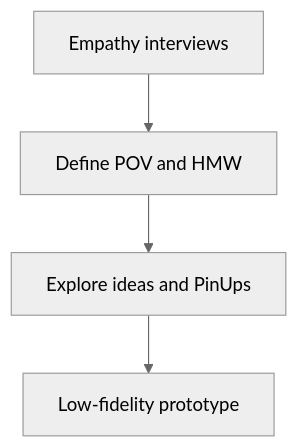
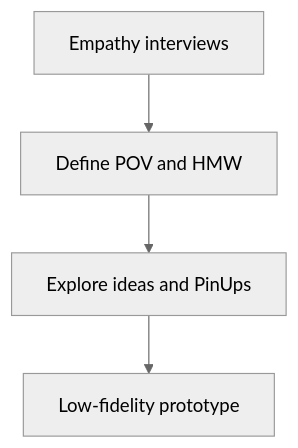
One commit to psai-github/pages changed the diagram in _posts/Foundation/G-sprints/2025-08-13-week_1.md. Above: the diagram before and after it, drawn with Mermaid (neutral theme).

Commit message:
Fix text cutoff for diagram

````diff
--- a/_posts/Foundation/G-sprints/2025-08-13-week_1.md
+++ b/_posts/Foundation/G-sprints/2025-08-13-week_1.md
@@ -15,8 +15,9 @@
 ```mermaid
+%%{init: { "flowchart": { "htmlLabels": false, "diagramPadding": 16 } } }%%
 flowchart TD
     A["Empathy interviews"]
     B["Define POV and HMW"]
     C["Explore ideas and PinUps"]
     D["Low-fidelity prototype"]
     A --> B --> C --> D
 ```
````
